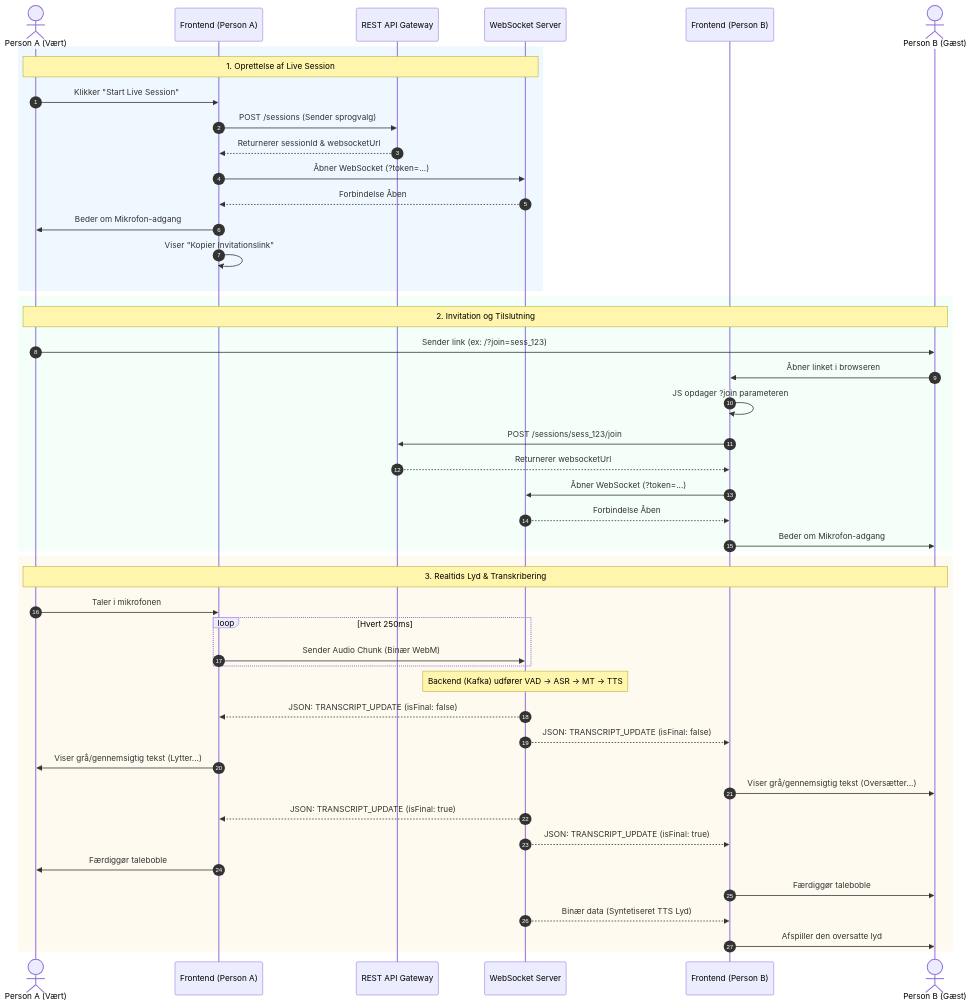
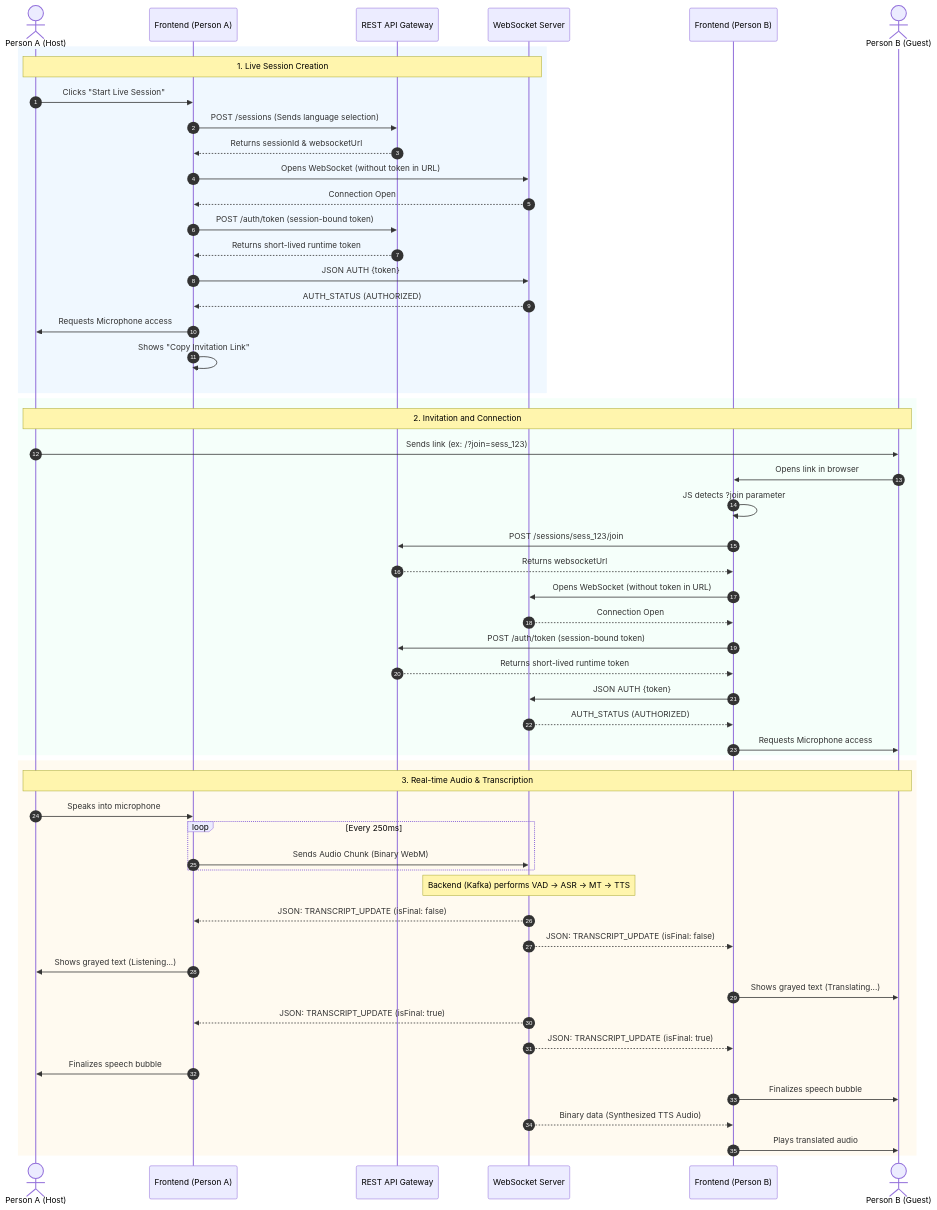
Before and after one commit to jfriisj/vs-code-agents: the diagram in agent-output/Analysis-and-design-of-a-platform-for-real-time-speech-translation-/docs/api/diagram/Interaktionsflow.mmd, drawn with Mermaid. The commit also changed 47 other files, not shown here.

First line of the commit message:
Plan 003 for v0.3.0: Manuscript recovery and architectural consolidation

```diff
--- a/agent-output/Analysis-and-design-of-a-platform-for-real-time-speech-translation-/docs/api/diagram/Interaktionsflow.mmd
+++ b/agent-output/Analysis-and-design-of-a-platform-for-real-time-speech-translation-/docs/api/diagram/Interaktionsflow.mmd
@@ -1,63 +1,71 @@
 sequenceDiagram
     autonumber
-    actor UserA as Person A (Vært)
+    actor UserA as Person A (Host)
     participant UIA as Frontend (Person A)
     participant REST as REST API Gateway
     participant WS as WebSocket Server
     participant UIB as Frontend (Person B)
-    actor UserB as Person B (Gæst)
+    actor UserB as Person B (Guest)
 
-    %% Flow 1: Person A starter sessionen
+    %% Flow 1: Person A starts the session
     rect rgb(240, 248, 255)
-    Note over UserA, WS: 1. Oprettelse af Live Session
-    UserA->>UIA: Klikker "Start Live Session"
-    UIA->>REST: POST /sessions (Sender sprogvalg)
-    REST-->>UIA: Returnerer sessionId & websocketUrl
-    UIA->>WS: Åbner WebSocket (?token=...)
-    WS-->>UIA: Forbindelse Åben
-    UIA->>UserA: Beder om Mikrofon-adgang
-    UIA->>UIA: Viser "Kopier Invitationslink"
+    Note over UserA, WS: 1. Live Session Creation
+    UserA->>UIA: Clicks "Start Live Session"
+    UIA->>REST: POST /sessions (Sends language selection)
+    REST-->>UIA: Returns sessionId & websocketUrl
+    UIA->>WS: Opens WebSocket (without token in URL)
+    WS-->>UIA: Connection Open
+    UIA->>REST: POST /auth/token (session-bound token)
+    REST-->>UIA: Returns short-lived runtime token
+    UIA->>WS: JSON AUTH {token}
+    WS-->>UIA: AUTH_STATUS (AUTHORIZED)
+    UIA->>UserA: Requests Microphone access
+    UIA->>UIA: Shows "Copy Invitation Link"
     end
 
-    %% Flow 2: Person B tilslutter sig via link
+    %% Flow 2: Person B joins via link
     rect rgb(245, 255, 250)
-    Note over UserA, UserB: 2. Invitation og Tilslutning
-    UserA->>UserB: Sender link (ex: /?join=sess_123)
-    UserB->>UIB: Åbner linket i browseren
-    UIB->>UIB: JS opdager ?join parameteren
+    Note over UserA, UserB: 2. Invitation and Connection
+    UserA->>UserB: Sends link (ex: /?join=sess_123)
+    UserB->>UIB: Opens link in browser
+    UIB->>UIB: JS detects ?join parameter
     UIB->>REST: POST /sessions/sess_123/join
-    REST-->>UIB: Returnerer websocketUrl
-    UIB->>WS: Åbner WebSocket (?token=...)
-    WS-->>UIB: Forbindelse Åben
-    UIB->>UserB: Beder om Mikrofon-adgang
+    REST-->>UIB: Returns websocketUrl
+    UIB->>WS: Opens WebSocket (without token in URL)
+    WS-->>UIB: Connection Open
+    UIB->>REST: POST /auth/token (session-bound token)
+    REST-->>UIB: Returns short-lived runtime token
+    UIB->>WS: JSON AUTH {token}
+    WS-->>UIB: AUTH_STATUS (AUTHORIZED)
+    UIB->>UserB: Requests Microphone access
     end
 
-    %% Flow 3: Realtids streaming og oversættelse
+    %% Flow 3: Real-time streaming and translation
     rect rgb(255, 250, 240)
-    Note over UserA, UserB: 3. Realtids Lyd & Transkribering
+    Note over UserA, UserB: 3. Real-time Audio & Transcription
     
-    %% Person A taler
-    UserA->>UIA: Taler i mikrofonen
-    loop Hvert 250ms
-        UIA->>WS: Sender Audio Chunk (Binær WebM)
+    %% Person A speaking
+    UserA->>UIA: Speaks into microphone
+    loop Every 250ms
+        UIA->>WS: Sends Audio Chunk (Binary WebM)
     end
     
-    %% Backend behandler
-    Note over WS: Backend (Kafka) udfører VAD -> ASR -> MT -> TTS
+    %% Backend processing
+    Note over WS: Backend (Kafka) performs VAD -> ASR -> MT -> TTS
     
-    %% Sender transkript (Delvis)
+    %% Sends transcript (Partial)
     WS-->>UIA: JSON: TRANSCRIPT_UPDATE (isFinal: false)
     WS-->>UIB: JSON: TRANSCRIPT_UPDATE (isFinal: false)
-    UIA->>UserA: Viser grå/gennemsigtig tekst (Lytter...)
-    UIB->>UserB: Viser grå/gennemsigtig tekst (Oversætter...)
+    UIA->>UserA: Shows grayed text (Listening...)
+    UIB->>UserB: Shows grayed text (Translating...)
 
-    %% Sender transkript (Færdig) + Lyd
+    %% Sends transcript (Final) + Audio
     WS-->>UIA: JSON: TRANSCRIPT_UPDATE (isFinal: true)
     WS-->>UIB: JSON: TRANSCRIPT_UPDATE (isFinal: true)
-    UIA->>UserA: Færdiggør taleboble
-    UIB->>UserB: Færdiggør taleboble
+    UIA->>UserA: Finalizes speech bubble
+    UIB->>UserB: Finalizes speech bubble
     
-    %% Modtager oversat lyd (Person B modtager syntetisk lyd)
-    WS-->>UIB: Binær data (Syntetiseret TTS Lyd)
-    UIB->>UserB: Afspiller den oversatte lyd
+    %% Receives translated audio (Person B receives synthetic audio)
+    WS-->>UIB: Binary data (Synthesized TTS Audio)
+    UIB->>UserB: Plays translated audio
     end
```
